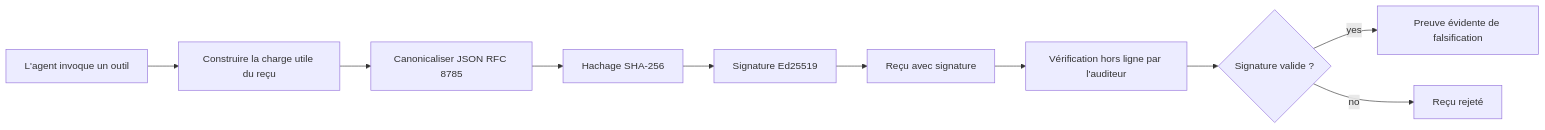
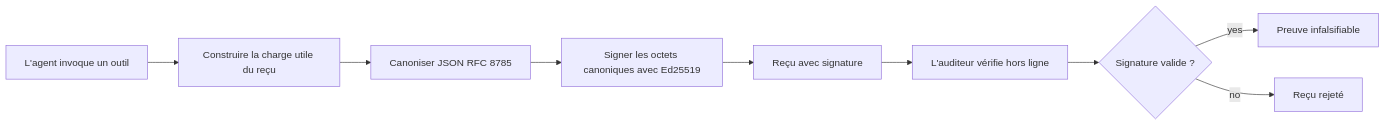
The first of 2 diagrams in translations/fr/18-securing-ai-agents/README.md (microsoft/ai-agents-for-beginners), drawn with Mermaid before and after one commit. The commit also changed other lines of this file and 47 other files, not shown here.

````diff
--- a/translations/fr/18-securing-ai-agents/README.md
+++ b/translations/fr/18-securing-ai-agents/README.md
@@ -51,12 +51,11 @@
 ```mermaid
 flowchart LR
     A[L'agent invoque un outil] --> B[Construire la charge utile du reçu]
-    B --> C[Canonicaliser JSON RFC 8785]
-    C --> D[Hachage SHA-256]
-    D --> E[Signature Ed25519]
+    B --> C[Canoniser JSON RFC 8785]
+    C --> E[Signer les octets canoniques avec Ed25519]
     E --> F[Reçu avec signature]
-    F --> G[Vérification hors ligne par l'auditeur]
+    F --> G[L'auditeur vérifie hors ligne]
     G --> H{Signature valide ?}
-    H -- yes --> I[Preuve évidente de falsification]
+    H -- yes --> I[Preuve infalsifiable]
     H -- no --> J[Reçu rejeté]
 ```
````
